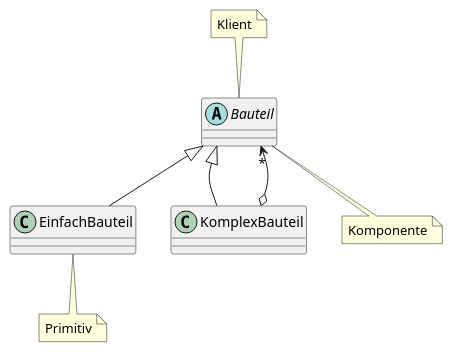
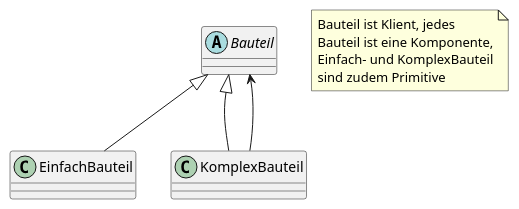
Before and after one commit to Dungeon-CampusMinden/Dungeon: the diagram in dojo-dungeon/todo-assets/Fragen_Pattern/UML_Klassendiagramm3_source.pu, drawn with PlantUML. The commit also changed 9 other files, not shown here.

First line of the commit message:
Diagrams adapted according to the lecture and the English Wikipedia article, and class comments and multiplicities removed:

```diff
--- a/dojo-dungeon/todo-assets/Fragen_Pattern/UML_Klassendiagramm3_source.pu
+++ b/dojo-dungeon/todo-assets/Fragen_Pattern/UML_Klassendiagramm3_source.pu
@@ -1,13 +1,7 @@
 @startuml UML_Klassendiagramm3.png
 abstract Bauteil
 Bauteil <|-- EinfachBauteil
 Bauteil <|-- KomplexBauteil
-Bauteil -[hidden]- KomplexBauteil
-Bauteil "*" <--o KomplexBauteil
-note "Klient" as n0
-note "Primitiv" as n1
-note "Komponente" as n2
-n0 .. Bauteil
-EinfachBauteil .. n1
-Bauteil .. n2
+Bauteil <-- KomplexBauteil
+note "Bauteil ist Klient, jedes\nBauteil ist eine Komponente,\nEinfach- und KomplexBauteil\nsind zudem Primitive" as n0
 @enduml
```
